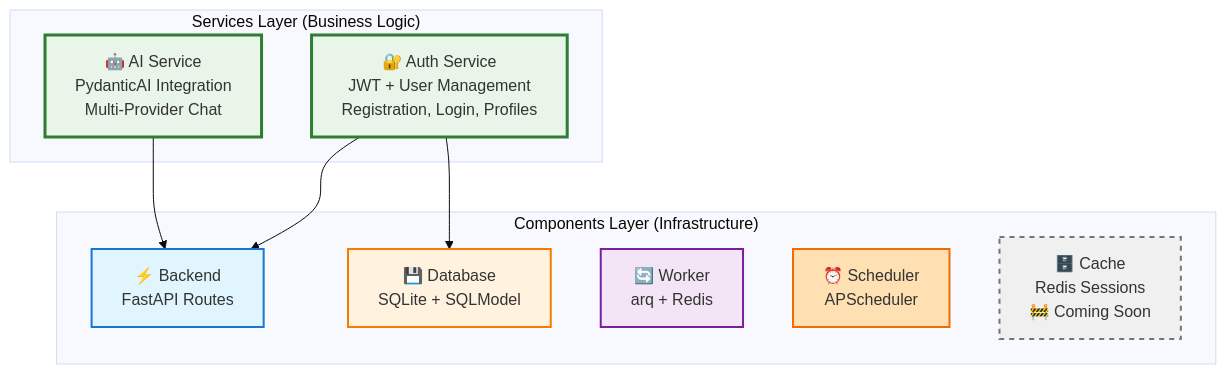
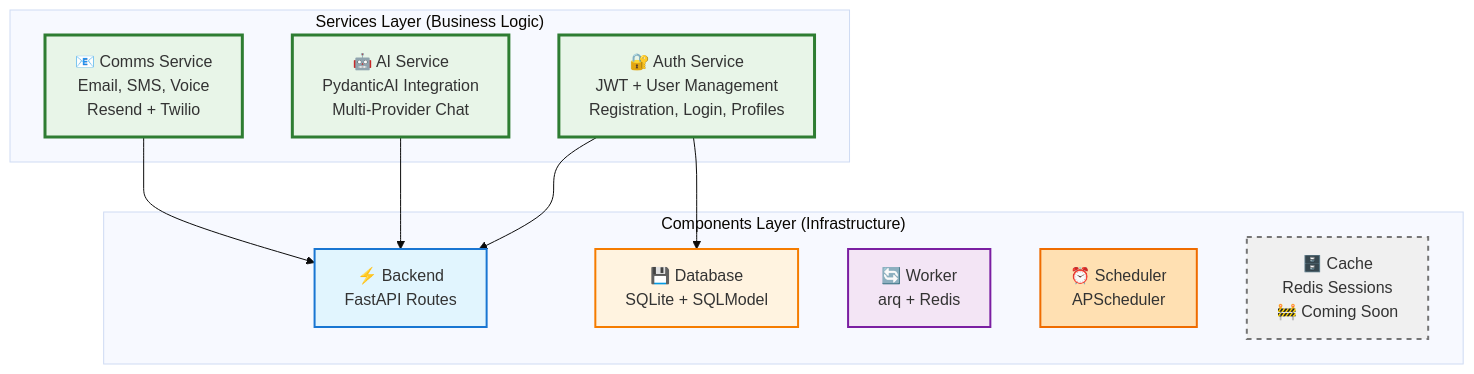
Before and after one commit to bhardwajRahul/aegis-stack: the first of 4 diagrams in docs/services/index.md, drawn with Mermaid (base theme). The commit also changed other lines of this file and 83 other files, not shown here.

Commit message:
Comms Service

````diff
--- a/docs/services/index.md
+++ b/docs/services/index.md
@@ -11,27 +11,30 @@
 ```mermaid
 graph TB
     subgraph "Services Layer (Business Logic)"
         Auth[🔐 Auth Service<br/>JWT + User Management<br/>Registration, Login, Profiles]
         AI[🤖 AI Service<br/>PydanticAI Integration<br/>Multi-Provider Chat]
+        Comms[📧 Comms Service<br/>Email, SMS, Voice<br/>Resend + Twilio]
     end
 
     subgraph "Components Layer (Infrastructure)"
         Backend[⚡ Backend<br/>FastAPI Routes]
         Database[💾 Database<br/>SQLite + SQLModel]
         Worker[🔄 Worker<br/>arq + Redis]
         Scheduler[⏰ Scheduler<br/>APScheduler]
         Cache[🗄️ Cache<br/>Redis Sessions<br/>🚧 Coming Soon]
     end
 
     Auth --> Backend
     Auth --> Database
     AI --> Backend
+    Comms --> Backend
 
     style Auth fill:#e8f5e8,stroke:#2e7d32,stroke-width:3px
     style AI fill:#e8f5e8,stroke:#2e7d32,stroke-width:3px
+    style Comms fill:#e8f5e8,stroke:#2e7d32,stroke-width:3px
     style Backend fill:#e1f5fe,stroke:#1976d2,stroke-width:2px
     style Database fill:#fff3e0,stroke:#f57c00,stroke-width:2px
     style Worker fill:#f3e5f5,stroke:#7b1fa2,stroke-width:2px
     style Scheduler fill:#ffe0b2,stroke:#ef6c00,stroke-width:2px
     style Cache fill:#f0f0f0,stroke:#757575,stroke-width:2px,stroke-dasharray: 5 5
 ```
````
